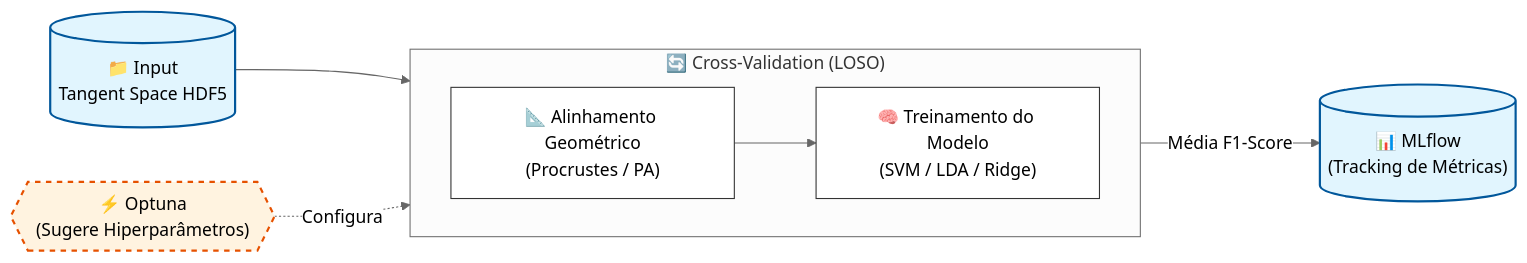
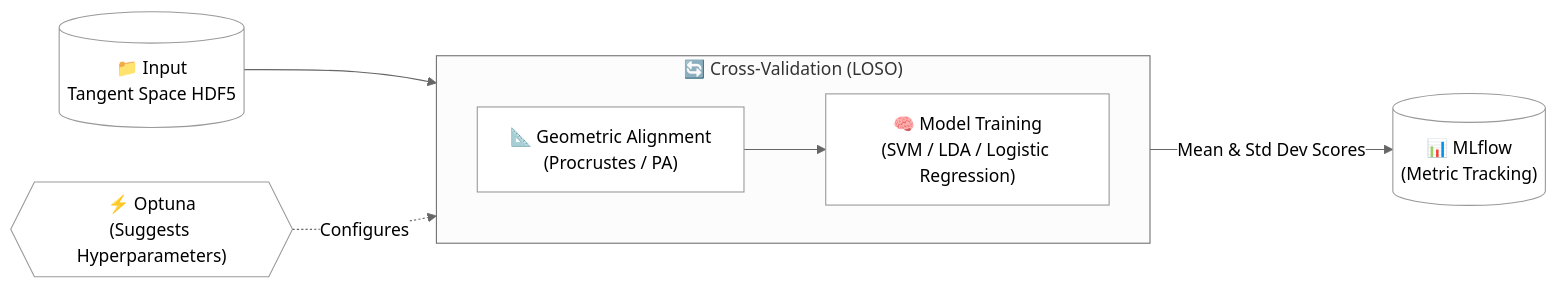
One commit to CommanderErika/eeg-pyriemann-pipeline changed the diagram in README.md. Above: the diagram before and after it, drawn with Mermaid (neutral theme).

Commit message:
readme: some modifications.

````diff
--- a/README.md
+++ b/README.md
@@ -21,33 +21,33 @@
 ```mermaid
 graph LR
-    %% Estilos
-    classDef storage fill:#e1f5fe,stroke:#01579b,stroke-width:2px;
-    classDef config fill:#fff3e0,stroke:#e65100,stroke-width:2px,stroke-dasharray: 5 5;
-    classDef container fill:#f3e5f5,stroke:#4a148c,stroke-width:2px;
-    classDef process fill:#ffffff,stroke:#333,stroke-width:1px;
+    %% Styles
+    classDef storage fill:#ffffff;
+    classDef config fill:#ffffff;
+    classDef container fill:#ffffff;
+    classDef process fill:#ffffff;
 
-    %% 1. Entrada
+    %% 1. Input
     Input[("📁 Input<br/>Tangent Space HDF5")]:::storage
 
-    %% 2. Otimização (Externo)
-    Optuna{{"⚡ Optuna<br/>(Sugere Hiperparâmetros)"}}:::config
+    %% 2. Optimization (External)
+    Optuna{{"⚡ Optuna<br/>(Suggests Hyperparameters)"}}:::config
 
-    %% 3. O Grande Bloco de Validação
+    %% 3. Validation Block
     subgraph CV ["🔄 Cross-Validation (LOSO)"]
         direction LR
         
-        RPA["📐 Alinhamento Geométrico<br/>(Procrustes / PA)"]:::process
-        Train["🧠 Treinamento do Modelo<br/>(SVM / LDA / Ridge)"]:::process
+        PA["📐 Geometric Alignment<br/>(Procrustes / PA)"]:::process
+        Train["🧠 Model Training<br/>(SVM / LDA / Logistic Regression)"]:::process
         
-        %% Conexão interna
-        RPA --> Train
+        %% Internal Connection
+        PA --> Train
     end
 
-    %% 4. Saída
-    Output[("📊 MLflow<br/>(Tracking de Métricas)")]:::storage
+    %% 4. Output
+    Output[("📊 MLflow<br/>(Metric Tracking)")]:::storage
 
-    %% Conexões Principais
+    %% Main Connections
     Input --> CV
-    Optuna -.-> |"Configura"| CV
-    CV --> |"Média F1-Score"| Output
+    Optuna -.-> |"Configures"| CV
+    CV --> |"Mean & Std Dev Scores"| Output
 ```
````
